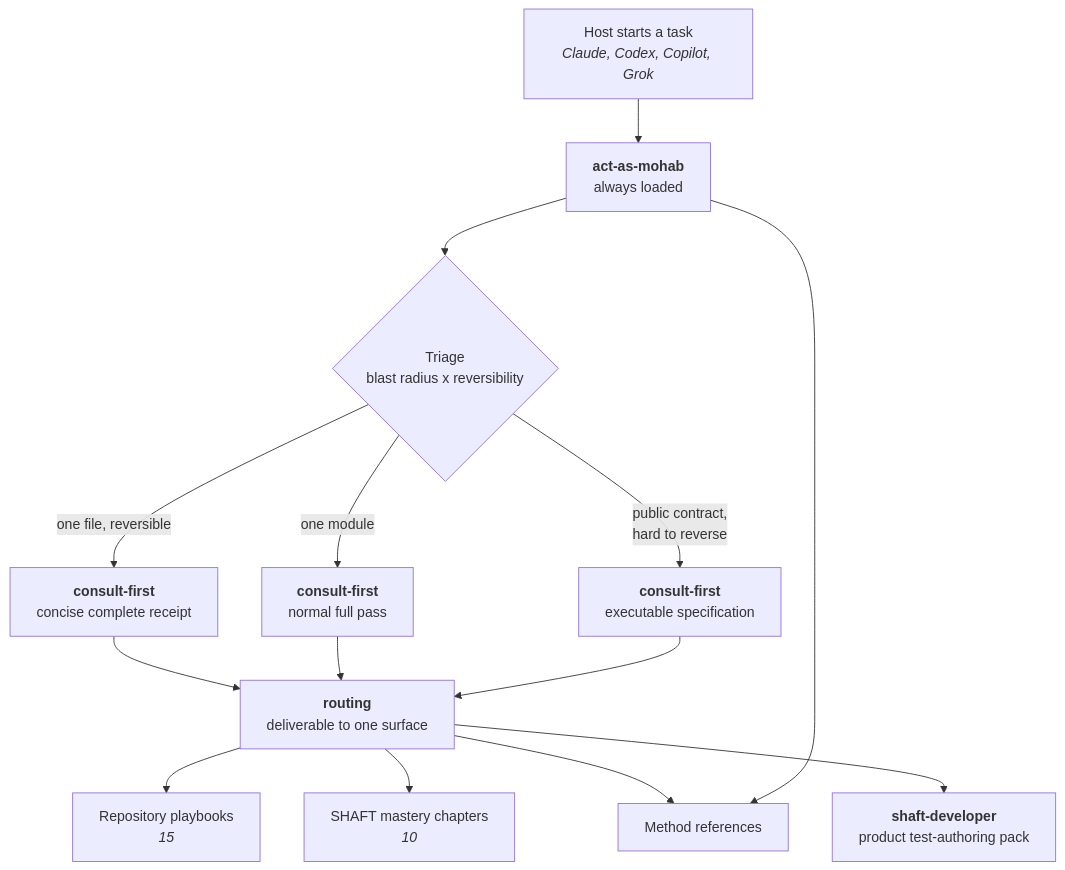
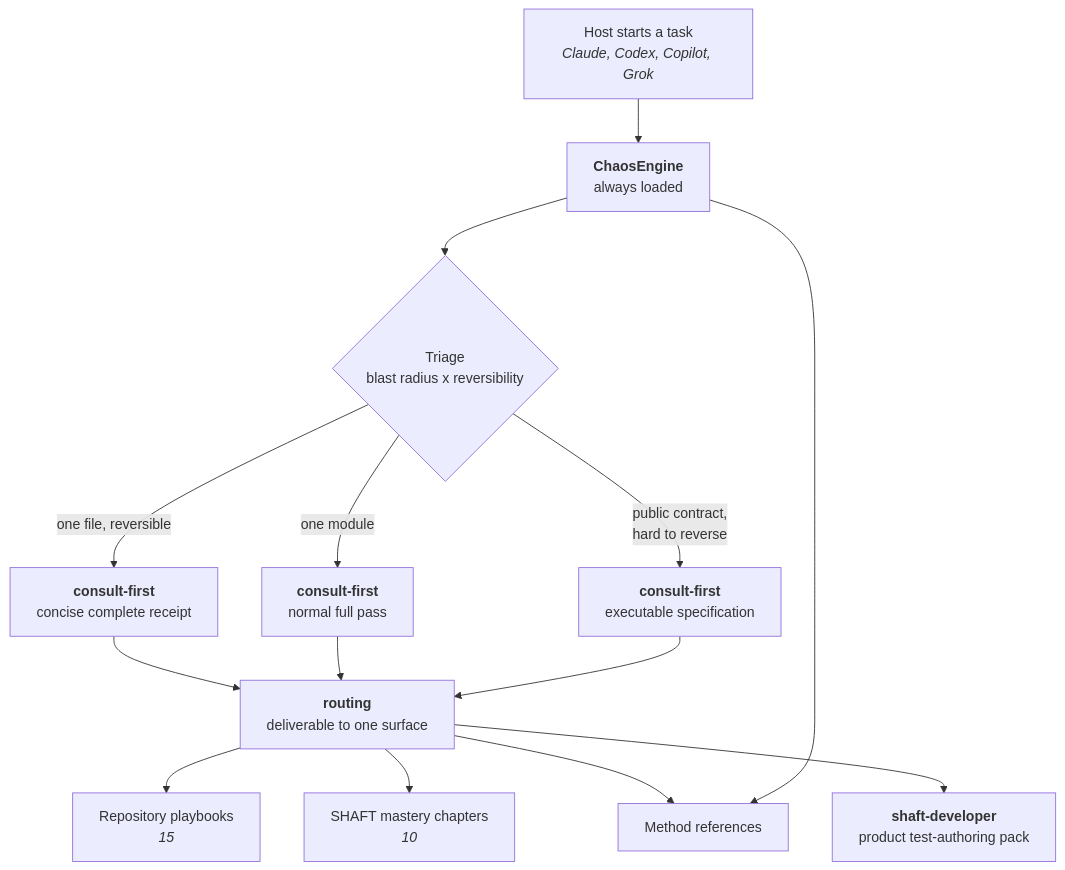
One commit to ShaftHQ/SHAFT_ENGINE changed the first of 4 diagrams in .agents/skills/README.md. Above: the diagram before and after it, drawn with Mermaid. The commit also changed other lines of this file and 53 other files, not shown here.

First line of the commit message:
feat(chaos-engine): isolate sessions in worktrees and retire act-as-mohab

````diff
--- a/.agents/skills/README.md
+++ b/.agents/skills/README.md
@@ -20,22 +20,22 @@
 ```mermaid
 flowchart TD
     H["Host starts a task<br/><i>Claude, Codex, Copilot, Grok</i>"] --> E
 
-    E["<b>act-as-mohab</b><br/>always loaded"]
+    E["<b>ChaosEngine</b><br/>always loaded"]
     E --> T{"Triage<br/>blast radius x reversibility"}
 
     T -->|"one file, reversible"| GO["<b>consult-first</b><br/>concise complete receipt"]
     T -->|"one module"| C["<b>consult-first</b><br/>normal full pass"]
     T -->|"public contract,<br/>hard to reverse"| CF["<b>consult-first</b><br/>executable specification"]
 
     GO --> R
     C --> R
     CF --> R
 
     R["<b>routing</b><br/>deliverable to one surface"]
     R --> P["Repository playbooks<br/><i>15</i>"]
     R --> M["SHAFT mastery chapters<br/><i>10</i>"]
     R --> D["Method references"]
     E --> D
     R --> S["<b>shaft-developer</b><br/>product test-authoring pack"]
 ```
````
